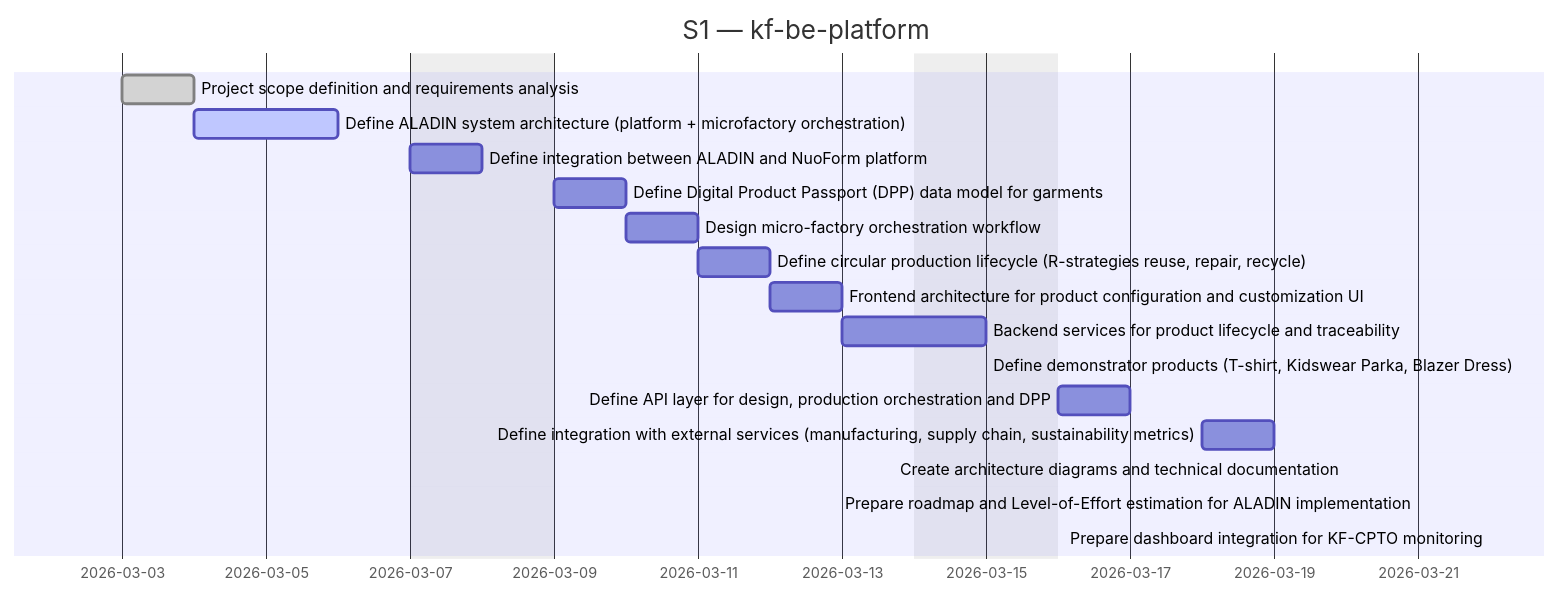
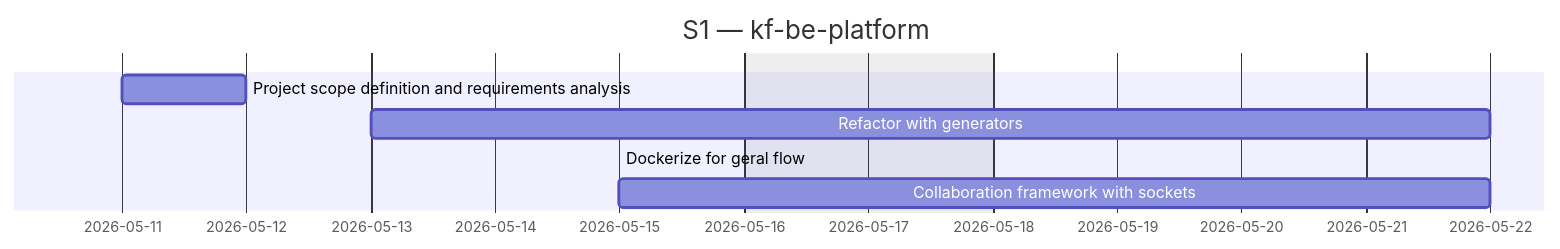
Before and after one commit to Katty-Fashion/kf-cpto: the second of 3 diagrams in docs/_projects/kf-be-platform.md, drawn with Mermaid. The commit also changed other lines of this file and 11 other files, not shown here.

````diff
--- a/docs/_projects/kf-be-platform.md
+++ b/docs/_projects/kf-be-platform.md
@@ -86,21 +62,11 @@
 ```mermaid
 gantt
     title S1 — kf-be-platform
     dateFormat YYYY-MM-DD
     excludes weekends
 
-    Project scope definition and requirements analysis :done, 2026-03-03, 2026-03-04
-    Define ALADIN system architecture (platform + microfactory orchestration) :active, 2026-03-04, 2026-03-06
-    Define integration between ALADIN and NuoForm platform :2026-03-07, 2026-03-08
-    Define Digital Product Passport (DPP) data model for garments :2026-03-09, 2026-03-10
-    Design micro-factory orchestration workflow :2026-03-10, 2026-03-11
-    Define circular production lifecycle (R-strategies  reuse, repair, recycle) :2026-03-11, 2026-03-12
-    Frontend architecture for product configuration and customization UI :2026-03-12, 2026-03-13
-    Backend services for product lifecycle and traceability :2026-03-13, 2026-03-15
-    Define demonstrator products (T-shirt, Kidswear Parka, Blazer Dress) :2026-03-15, 2026-03-15
-    Define API layer for design, production orchestration and DPP :2026-03-16, 2026-03-17
-    Define integration with external services (manufacturing, supply chain, sustainability metrics) :2026-03-18, 2026-03-19
-    Create architecture diagrams and technical documentation :2026-03-20, 2026-03-20
-    Prepare roadmap and Level-of-Effort estimation for ALADIN implementation :2026-03-21, 2026-03-21
-    Prepare dashboard integration for KF-CPTO monitoring :2026-03-22, 2026-03-22
+    Project scope definition and requirements analysis :2026-05-11, 2026-05-12
+    Refactor with generators :2026-05-13, 2026-05-22
+    Dockerize for geral flow :2026-05-15, 2026-05-15
+    Collaboration framework with sockets :2026-05-15, 2026-05-22
 ```
````
